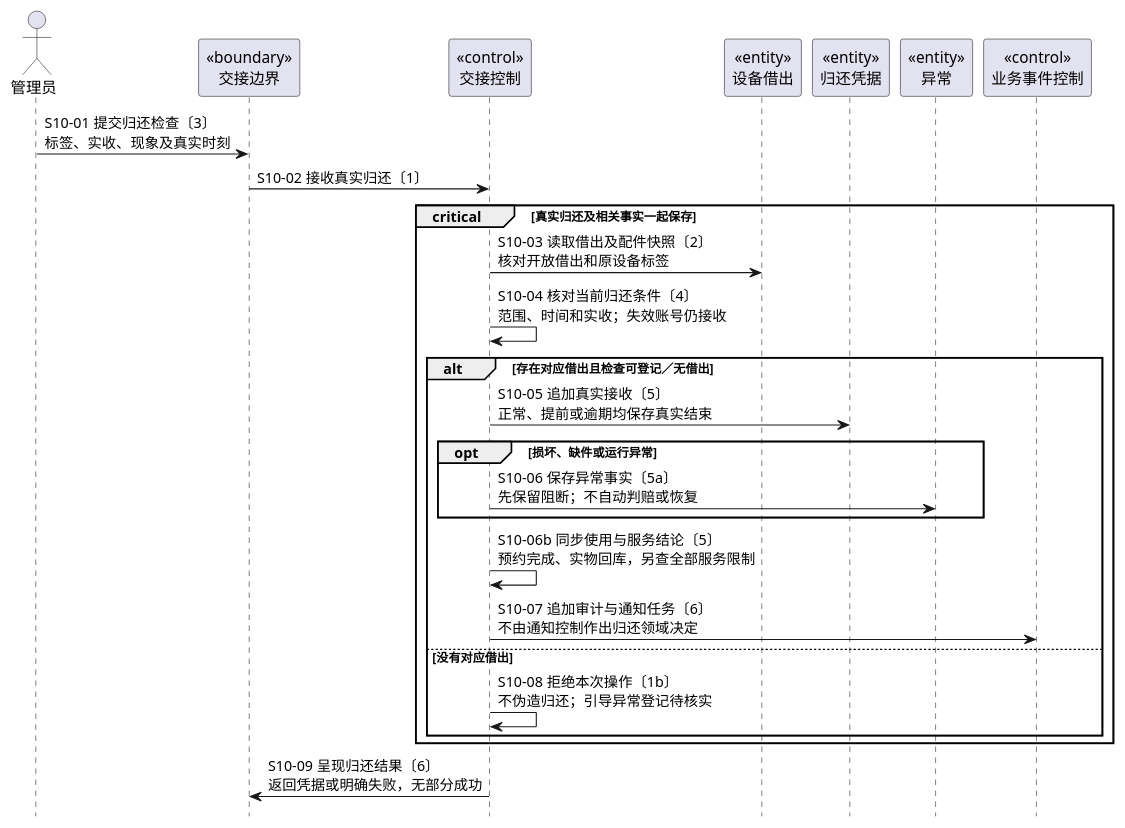
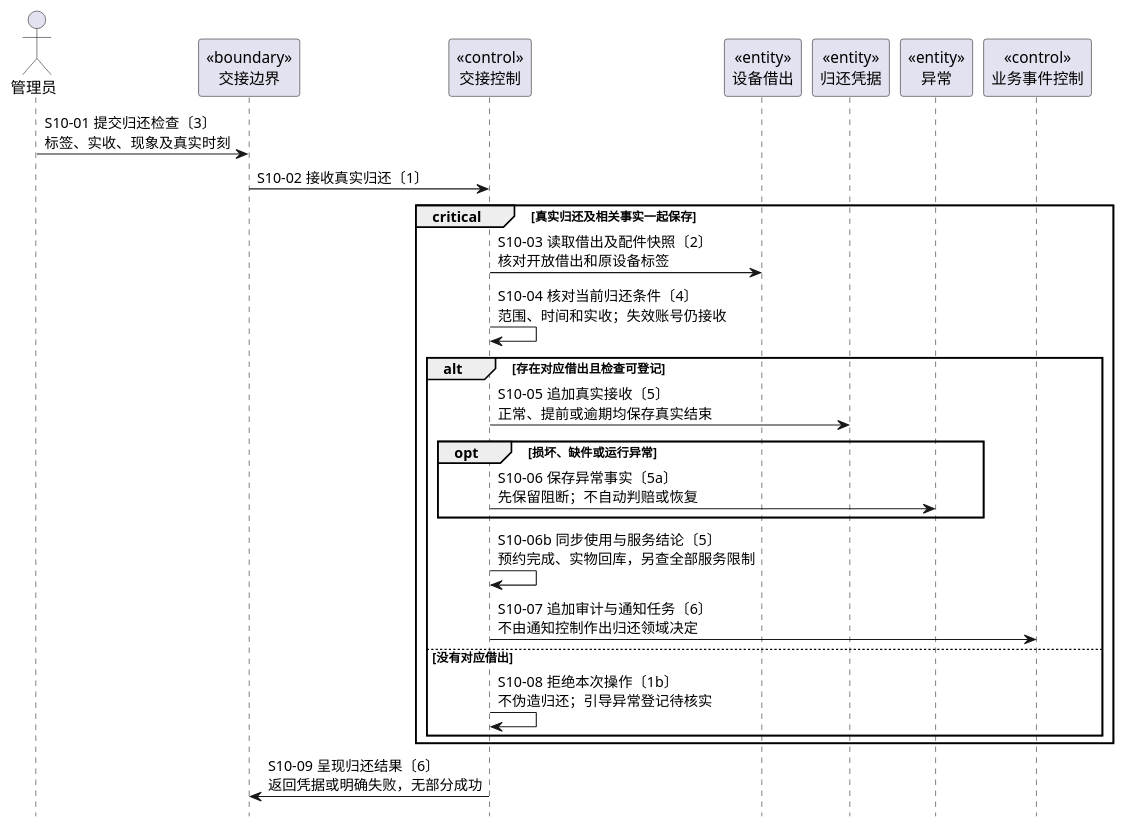
Before and after one commit to yvming67-gif/campus-lab-equipment-manager: the diagram in models/图形源文件/图5-6-设备归还内部协作序列图.puml, drawn with PlantUML. The commit also changed 38 other files, not shown here.

```diff
--- a/models/图形源文件/图5-6-设备归还内部协作序列图.puml
+++ b/models/图形源文件/图5-6-设备归还内部协作序列图.puml
@@ -1,28 +1,28 @@
 @startuml
 skinparam defaultFontName Microsoft YaHei
 hide footbox
 actor "管理员" as L0
 participant "«boundary»\n交接边界" as L1
 participant "«control»\n交接控制" as L2
 participant "«entity»\n设备借出" as L3
 participant "«entity»\n归还凭据" as L4
 participant "«entity»\n异常" as L5
 participant "«control»\n业务事件控制" as L6
 L0 -> L1: S10-01 提交归还检查〔3〕\n标签、实收、现象及真实时刻
 L1 -> L2: S10-02 接收真实归还〔1〕
 critical 真实归还及相关事实一起保存
 L2 -> L3: S10-03 读取借出及配件快照〔2〕\n核对开放借出和原设备标签
 L2 -> L2: S10-04 核对当前归还条件〔4〕\n范围、时间和实收；失效账号仍接收
-alt 存在对应借出且检查可登记／无借出
+alt 存在对应借出且检查可登记
 L2 -> L4: S10-05 追加真实接收〔5〕\n正常、提前或逾期均保存真实结束
 opt 损坏、缺件或运行异常
 L2 -> L5: S10-06 保存异常事实〔5a〕\n先保留阻断；不自动判赔或恢复
 end
 L2 -> L2: S10-06b 同步使用与服务结论〔5〕\n预约完成、实物回库，另查全部服务限制
 L2 -> L6: S10-07 追加审计与通知任务〔6〕\n不由通知控制作出归还领域决定
 else 没有对应借出
 L2 -> L2: S10-08 拒绝本次操作〔1b〕\n不伪造归还；引导异常登记待核实
 end
 end
 L2 -> L1: S10-09 呈现归还结果〔6〕\n返回凭据或明确失败，无部分成功
 @enduml
```
